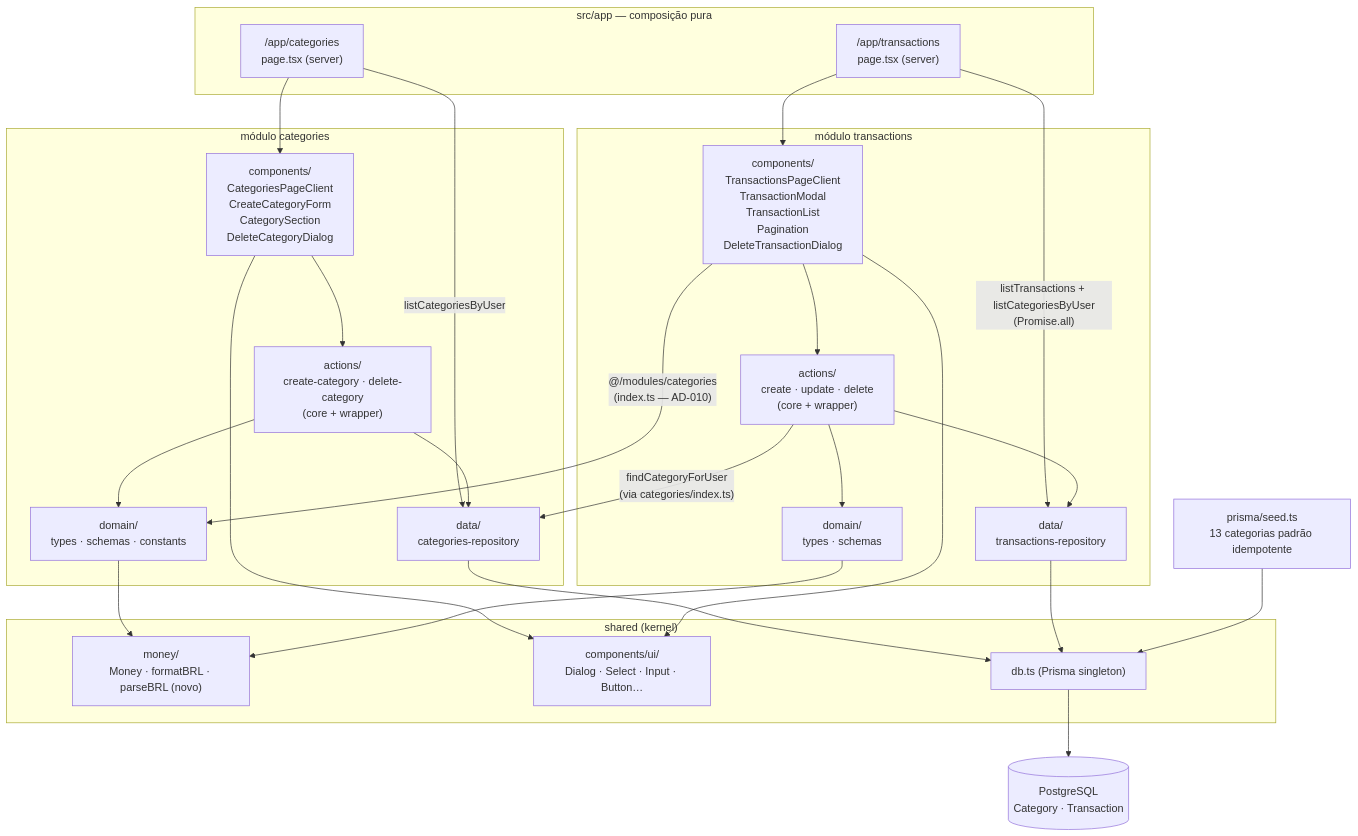
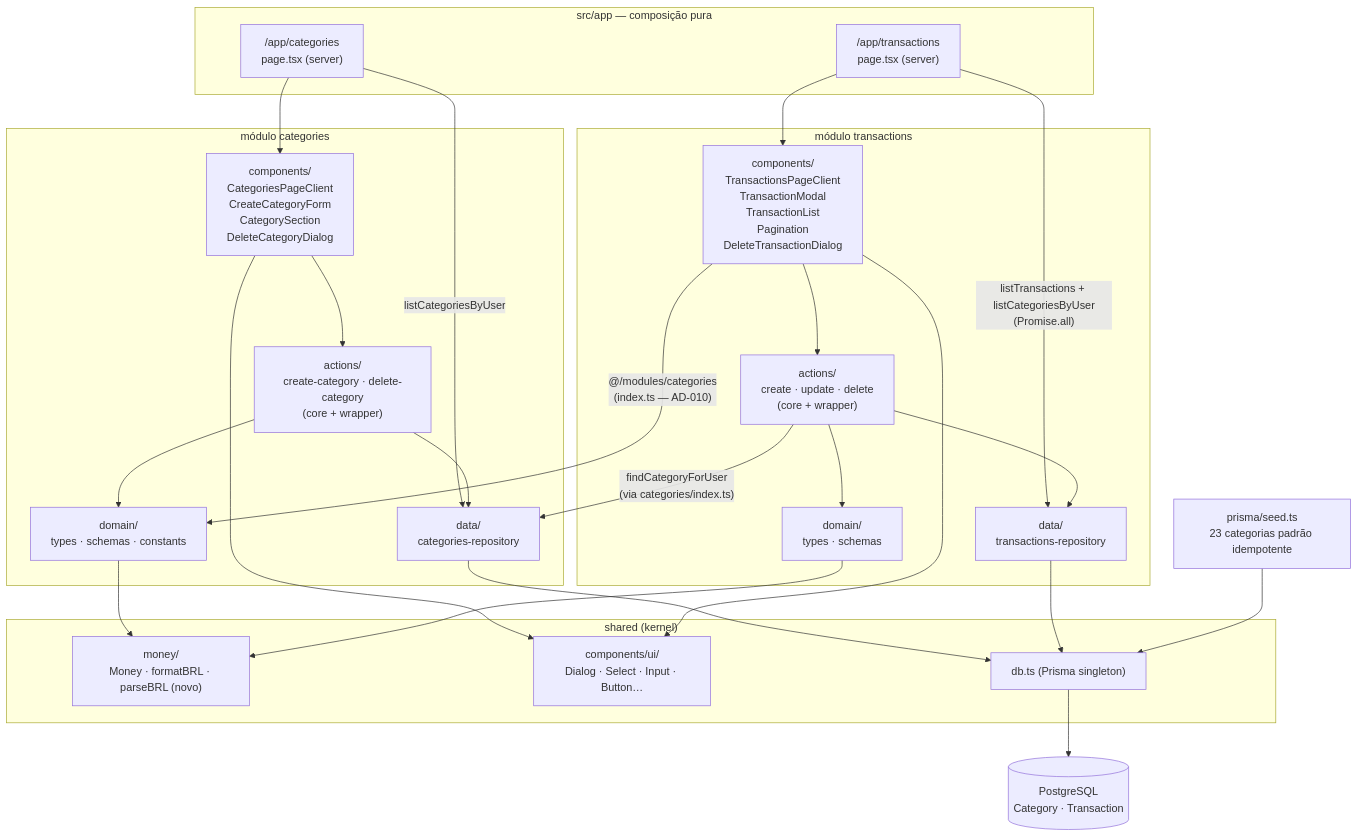
One commit to vbotelhoo/prumo changed the diagram in .specs/features/categories-transactions/design.md. Above: the diagram before and after it, drawn with Mermaid. The commit also changed other lines of this file and 7 other files, not shown here.

````diff
--- a/.specs/features/categories-transactions/design.md
+++ b/.specs/features/categories-transactions/design.md
@@ -18,53 +18,53 @@
 ```mermaid
 flowchart TD
   subgraph app ["src/app — composição pura"]
     CatPage["/app/categories\npage.tsx (server)"]
     TxnPage["/app/transactions\npage.tsx (server)"]
   end
 
   subgraph cats ["módulo categories"]
     CatDomain["domain/\ntypes · schemas · constants"]
     CatData["data/\ncategories-repository"]
     CatActions["actions/\ncreate-category · delete-category\n(core + wrapper)"]
     CatComponents["components/\nCategoriesPageClient\nCreateCategoryForm\nCategorySection\nDeleteCategoryDialog"]
   end
 
   subgraph txns ["módulo transactions"]
     TxnDomain["domain/\ntypes · schemas"]
     TxnData["data/\ntransactions-repository"]
     TxnActions["actions/\ncreate · update · delete\n(core + wrapper)"]
     TxnComponents["components/\nTransactionsPageClient\nTransactionModal\nTransactionList\nPagination\nDeleteTransactionDialog"]
   end
 
   subgraph shared ["shared (kernel)"]
     Money["money/\nMoney · formatBRL · parseBRL (novo)"]
     SharedUI["components/ui/\nDialog · Select · Input · Button…"]
     DB["db.ts (Prisma singleton)"]
   end
 
   CatPage -->|"listCategoriesByUser"| CatData
   CatPage --> CatComponents
 
   TxnPage -->|"listTransactions + listCategoriesByUser\n(Promise.all)"| TxnData
   TxnPage --> TxnComponents
 
   TxnComponents -->|"@/modules/categories\n(index.ts — AD-010)"| CatDomain
   TxnActions -->|"findCategoryForUser\n(via categories/index.ts)"| CatData
 
   CatDomain --> Money
   CatData --> DB
   CatActions --> CatDomain
   CatActions --> CatData
   CatComponents --> CatActions
   CatComponents --> SharedUI
 
   TxnDomain --> Money
   TxnData --> DB
   TxnActions --> TxnDomain
   TxnActions --> TxnData
   TxnComponents --> TxnActions
   TxnComponents --> SharedUI
 
   DB --> Postgres[("PostgreSQL\nCategory · Transaction")]
-  Seed["prisma/seed.ts\n13 categorias padrão idempotente"] --> DB
+  Seed["prisma/seed.ts\n23 categorias padrão idempotente"] --> DB
 ```
````
